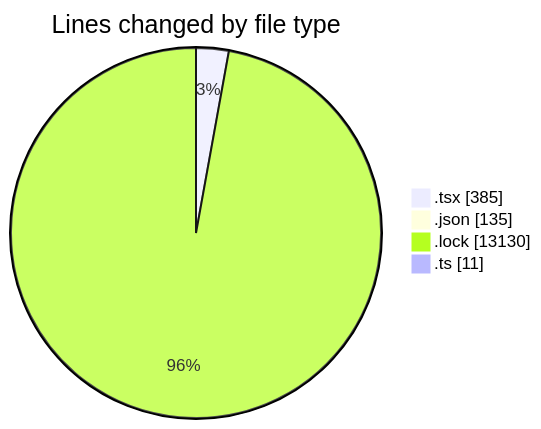
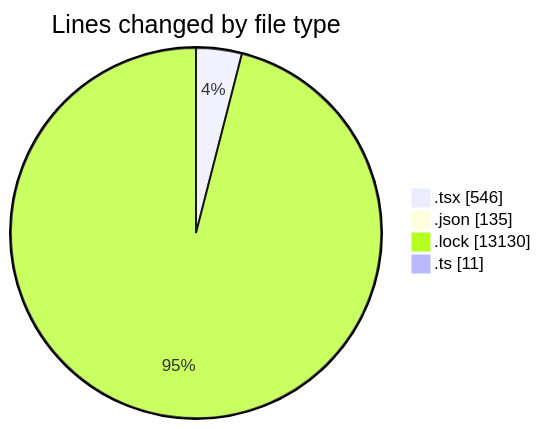
One commit to momahboobian/code-tracking changed the first of 2 diagrams in 2025-02-09/cda/README.md. Above: the diagram before and after it, drawn with Mermaid. The commit also changed other lines of this file and 1 other file, not shown here.

````diff
--- a/2025-02-09/cda/README.md
+++ b/2025-02-09/cda/README.md
@@ -26,8 +26,8 @@
 ```mermaid
 pie showData
 title Lines changed by file type
-".tsx" : 385
+".tsx" : 546
 ".json" : 135
 ".lock" : 13130
 ".ts" : 11
 ```
````
